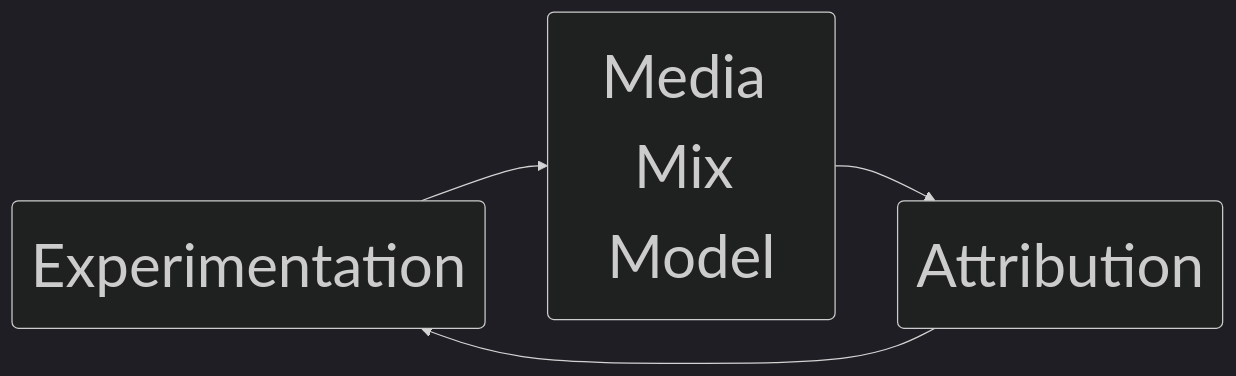
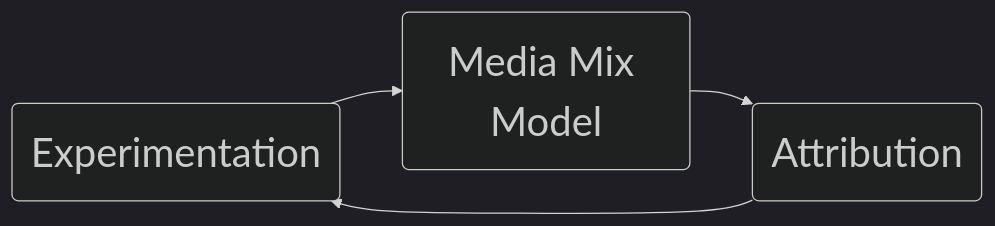
Before and after one commit to juanitorduz/website_projects: the first of 2 diagrams in Presentations/mmm/mmm.qmd, drawn with Mermaid. The commit also changed other lines of this file and 10 other files, not shown here.

````diff
--- a/Presentations/mmm/mmm.qmd
+++ b/Presentations/mmm/mmm.qmd
@@ -50,9 +52,9 @@
 ```{mermaid}
-%%| fig-width: 500px
+%%| fig-width: 900px
 %%| fig-align: "center"
-%%{init: {"theme": "dark", "themeVariables": {"fontSize": "48px"}, "flowchart":{"htmlLabels":false}}}%%
+%%{init: {"theme": "dark", "themeVariables": {"fontSize": "32px"}, "flowchart":{"htmlLabels":false}}}%%
 flowchart LR
   Experimentation("Experimentation") --> MMM("Media Mix Model")
   MMM --> Attribution("Attribution")
   Attribution --> Experimentation
 ```
````
